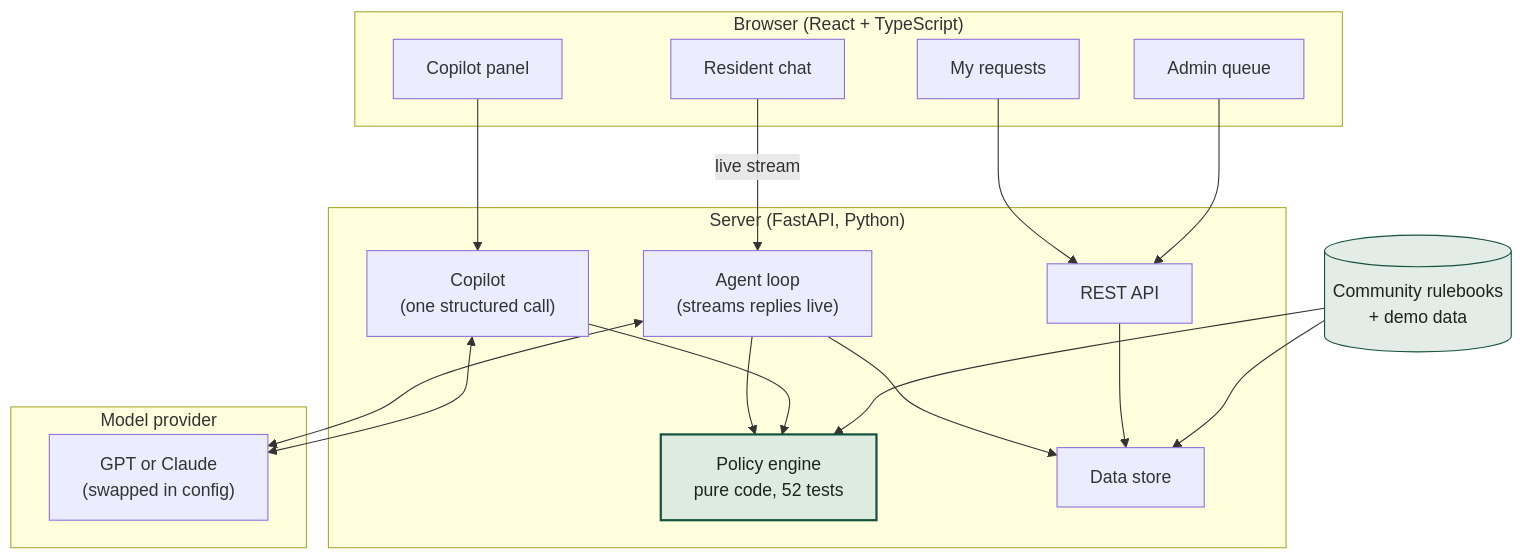
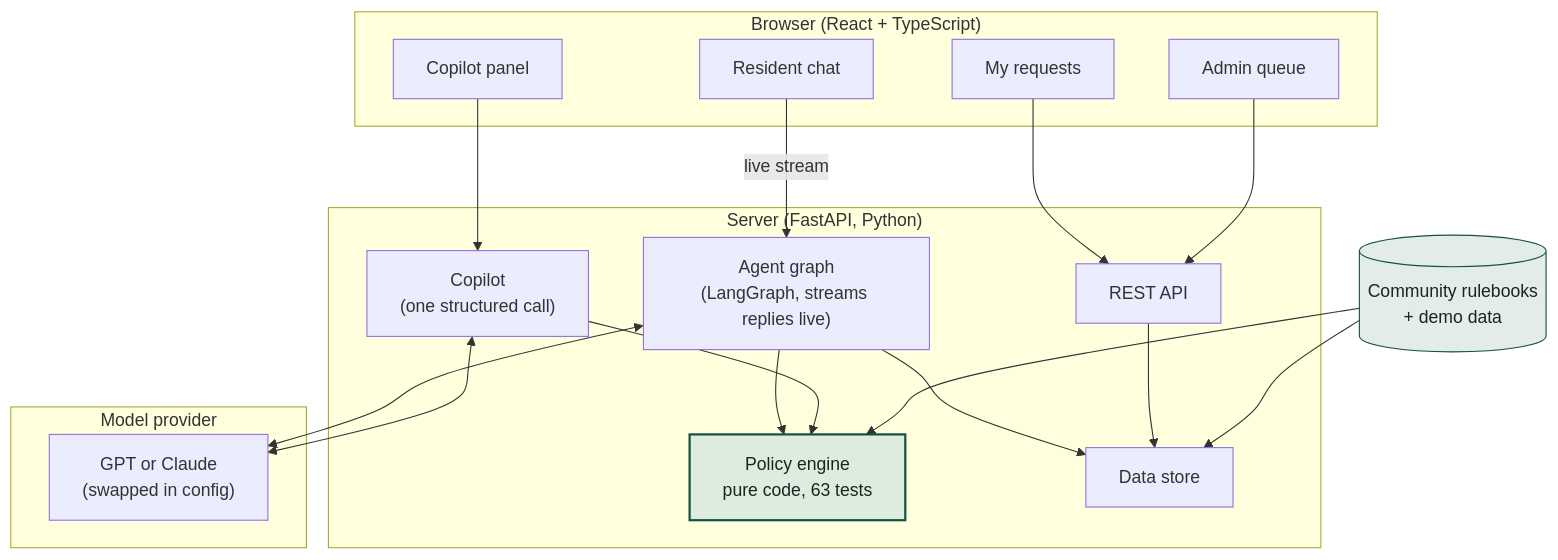
Before and after one commit to Amruth22/anacity-move-assistant: the eighth of 8 diagrams in README.md, drawn with Mermaid. The commit also changed other lines of this file and 12 other files, not shown here.

First line of the commit message:
Move the agent loop onto LangGraph

````diff
--- a/README.md
+++ b/README.md
@@ -234,37 +234,37 @@
 ```mermaid
 flowchart TB
     subgraph BROWSER["Browser (React + TypeScript)"]
         UI1["Resident chat"]
         UI2["My requests"]
         UI3["Admin queue"]
         UI4["Copilot panel"]
     end
 
     subgraph SERVER["Server (FastAPI, Python)"]
         API["REST API"]
-        LOOP["Agent loop<br/>(streams replies live)"]
-        POLICY["Policy engine<br/>pure code, 52 tests"]
+        LOOP["Agent graph<br/>(LangGraph, streams replies live)"]
+        POLICY["Policy engine<br/>pure code, 63 tests"]
         STORE["Data store"]
         COP["Copilot<br/>(one structured call)"]
     end
 
     subgraph EXT["Model provider"]
         LLM["GPT or Claude<br/>(swapped in config)"]
     end
 
     UI1 -->|"live stream"| LOOP
     UI2 --> API
     UI3 --> API
     UI4 --> COP
     LOOP --> POLICY
     LOOP --> STORE
     COP --> POLICY
     API --> STORE
     LOOP <--> LLM
     COP <--> LLM
     SEED[("Community rulebooks<br/>+ demo data")] --> STORE
     SEED --> POLICY
 
     style POLICY fill:#ddecdf,stroke:#14513f,stroke-width:2px,color:#1c2420
     style SEED fill:#e3ece6,stroke:#14513f,color:#1c2420
 ```
````
